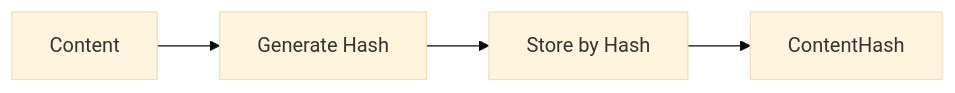
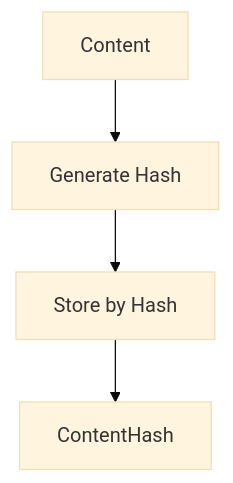
Before and after one commit to o2alexanderfedin/angular-cas-disot: the first of 6 diagrams in docs/api/services.md, drawn with Mermaid (base theme). The commit also changed other lines of this file and 18 other files, not shown here.

````diff
--- a/docs/api/services.md
+++ b/docs/api/services.md
@@ -39,4 +39,11 @@
 ```mermaid
-graph LR
-    INPUT[Content] --> HASH[Generate Hash] --> STORE[Store by Hash] --> OUTPUT[ContentHash]
+graph TD
+    INPUT[Content]
+    HASH[Generate Hash]
+    STORE[Store by Hash]
+    OUTPUT[ContentHash]
+    
+    INPUT --> HASH
+    HASH --> STORE
+    STORE --> OUTPUT
 ```
````
